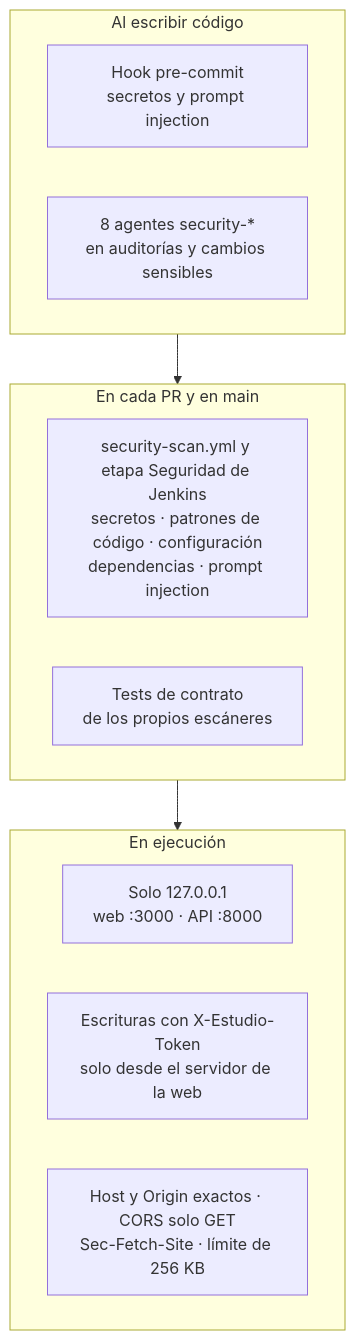
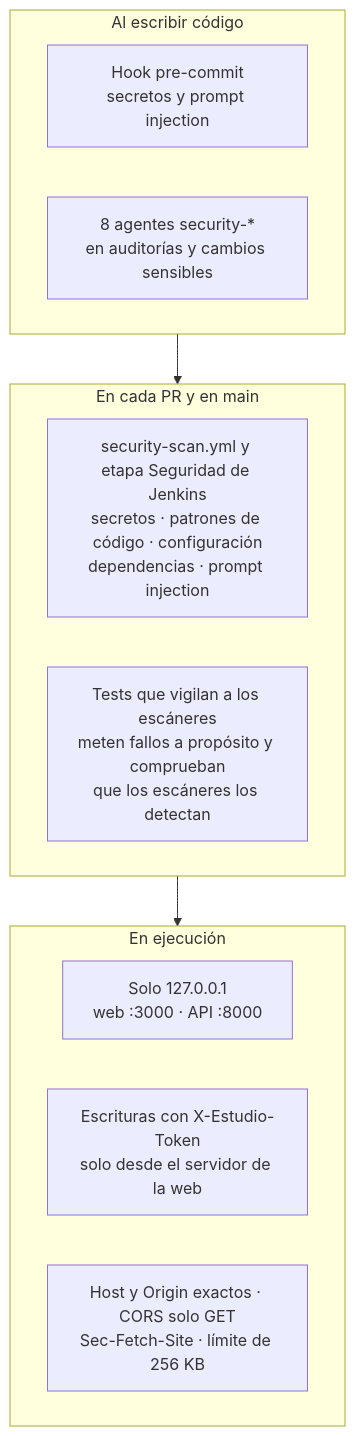
The fourth of 5 diagrams in README.md (pedroleni/onlydevcoding-estudio-web), drawn with Mermaid before and after one commit. The commit also changed other lines of this file, not shown here.

Commit message:
docs: README explica qué son los tests que vigilan a los escáneres

````diff
--- a/README.md
+++ b/README.md
@@ -101,17 +101,17 @@
 ```mermaid
 flowchart TB
     subgraph escribir["Al escribir código"]
         hook["Hook pre-commit<br/>secretos y prompt injection"]
         agentes["8 agentes security-*<br/>en auditorías y cambios sensibles"]
     end
     subgraph pr["En cada PR y en main"]
         scan["security-scan.yml y etapa Seguridad de Jenkins<br/>secretos · patrones de código · configuración<br/>dependencias · prompt injection"]
-        tests["Tests de contrato<br/>de los propios escáneres"]
+        tests["Tests que vigilan a los escáneres<br/>meten fallos a propósito y comprueban<br/>que los escáneres los detectan"]
     end
     subgraph ejecucion["En ejecución"]
         local["Solo 127.0.0.1<br/>web :3000 · API :8000"]
         token["Escrituras con X-Estudio-Token<br/>solo desde el servidor de la web"]
         limites["Host y Origin exactos · CORS solo GET<br/>Sec-Fetch-Site · límite de 256 KB"]
     end
     escribir --> pr --> ejecucion
 ```
````
